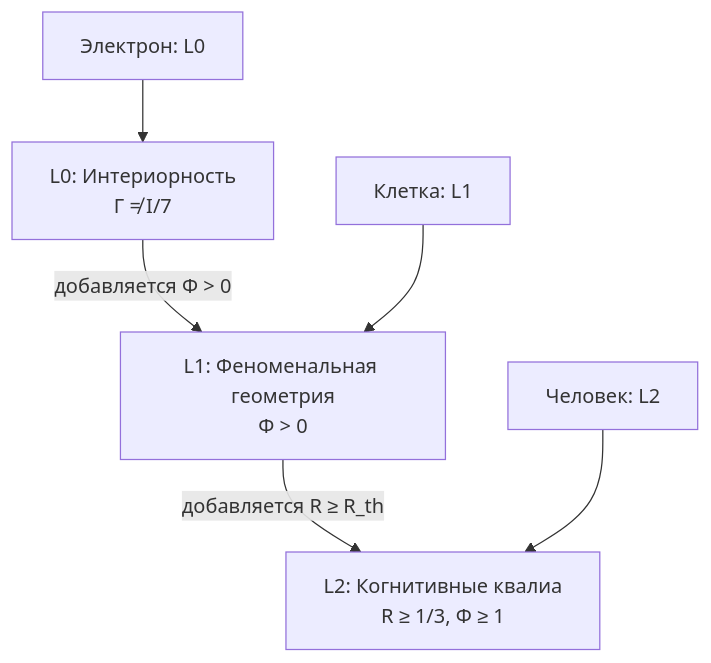
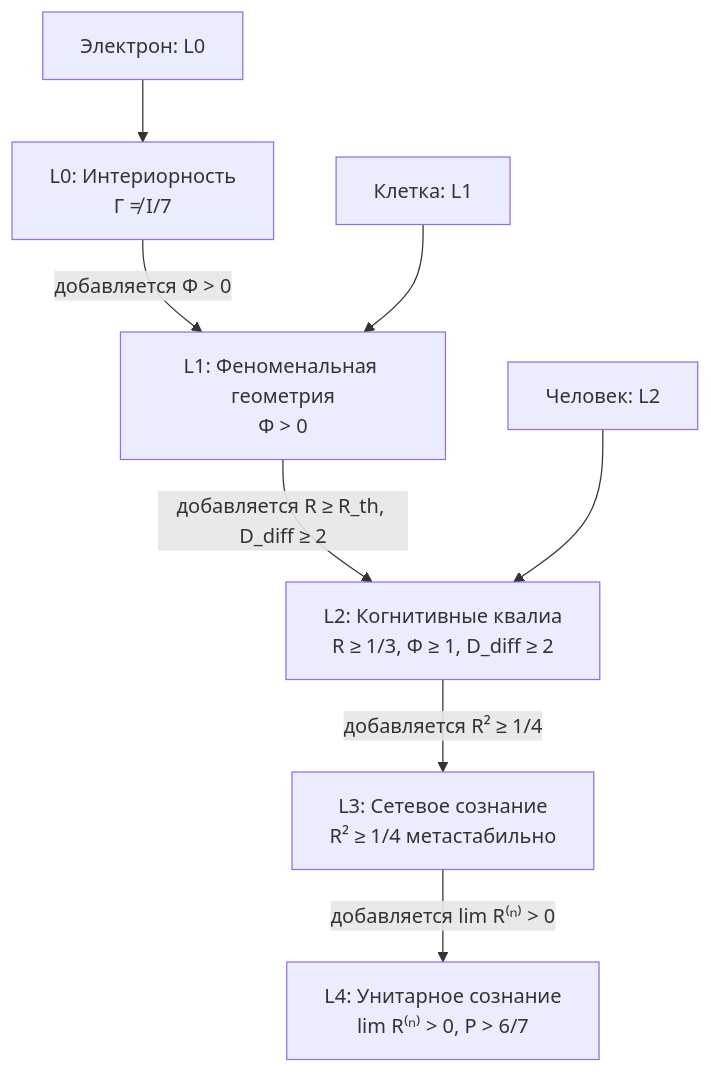
Before and after one commit to uhm-theory/holon: the diagram in website/docs/applied/coherence-cybernetics/panpsychism-analysis.md, drawn with Mermaid. The commit also changed other lines of this file and 58 other files, not shown here.

````diff
--- a/website/docs/applied/coherence-cybernetics/panpsychism-analysis.md
+++ b/website/docs/applied/coherence-cybernetics/panpsychism-analysis.md
@@ -176,13 +176,17 @@
 ```mermaid
 graph TD
     L0[L0: Интериорность<br/>Γ ≠ I/7]
     L1[L1: Феноменальная геометрия<br/>Φ > 0]
-    L2[L2: Когнитивные квалиа<br/>R ≥ 1/3, Φ ≥ 1]
+    L2[L2: Когнитивные квалиа<br/>R ≥ 1/3, Φ ≥ 1, D_diff ≥ 2]
+    L3[L3: Сетевое сознание<br/>R² ≥ 1/4 метастабильно]
+    L4[L4: Унитарное сознание<br/>lim R⁽ⁿ⁾ > 0, P > 6/7]
 
     L0 -->|"добавляется Φ > 0"| L1
-    L1 -->|"добавляется R ≥ R_th"| L2
+    L1 -->|"добавляется R ≥ R_th, D_diff ≥ 2"| L2
+    L2 -->|"добавляется R² ≥ 1/4"| L3
+    L3 -->|"добавляется lim R⁽ⁿ⁾ > 0"| L4
 
     ELEC[Электрон: L0] --> L0
     CELL[Клетка: L1] --> L1
     HUMAN[Человек: L2] --> L2
 ```
````
